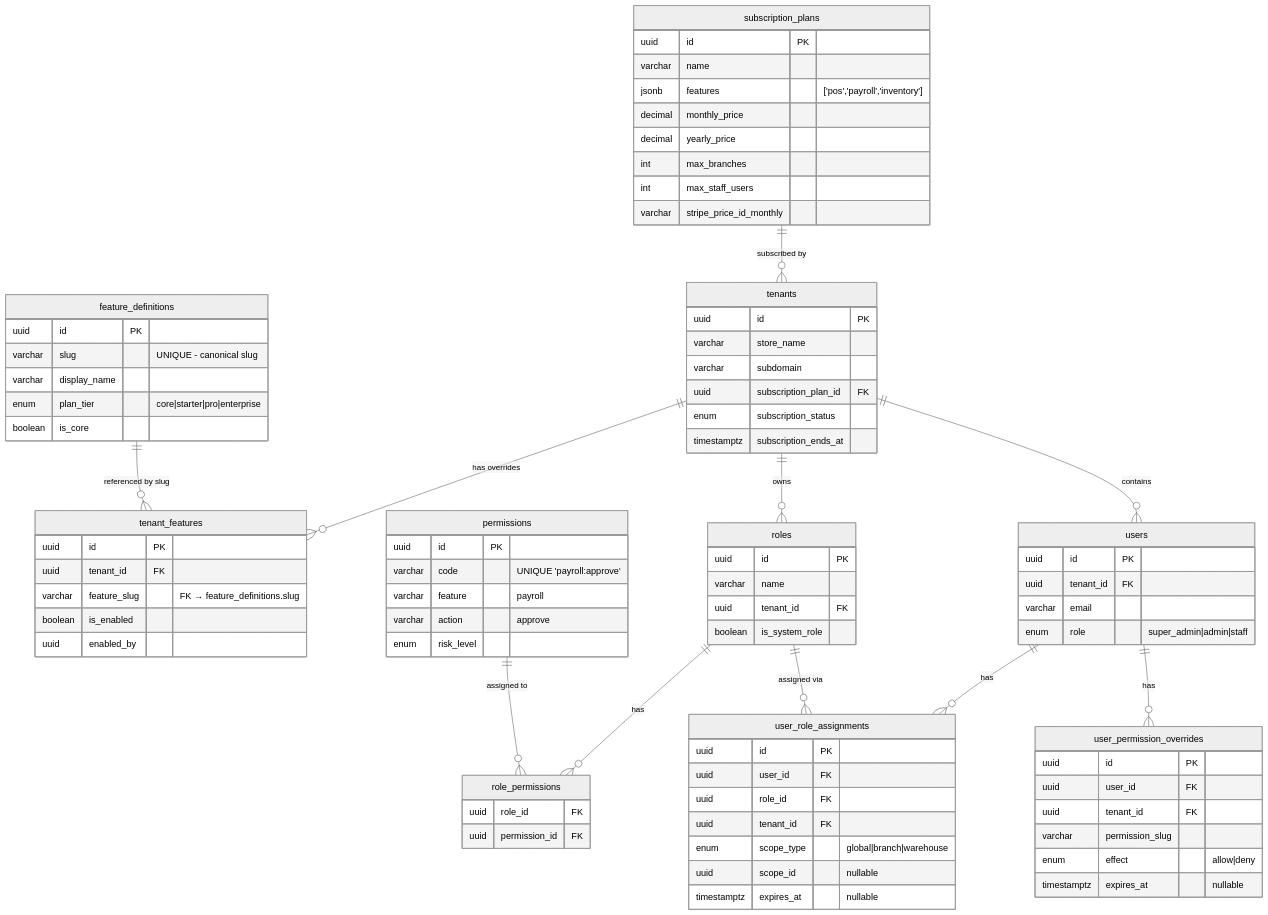
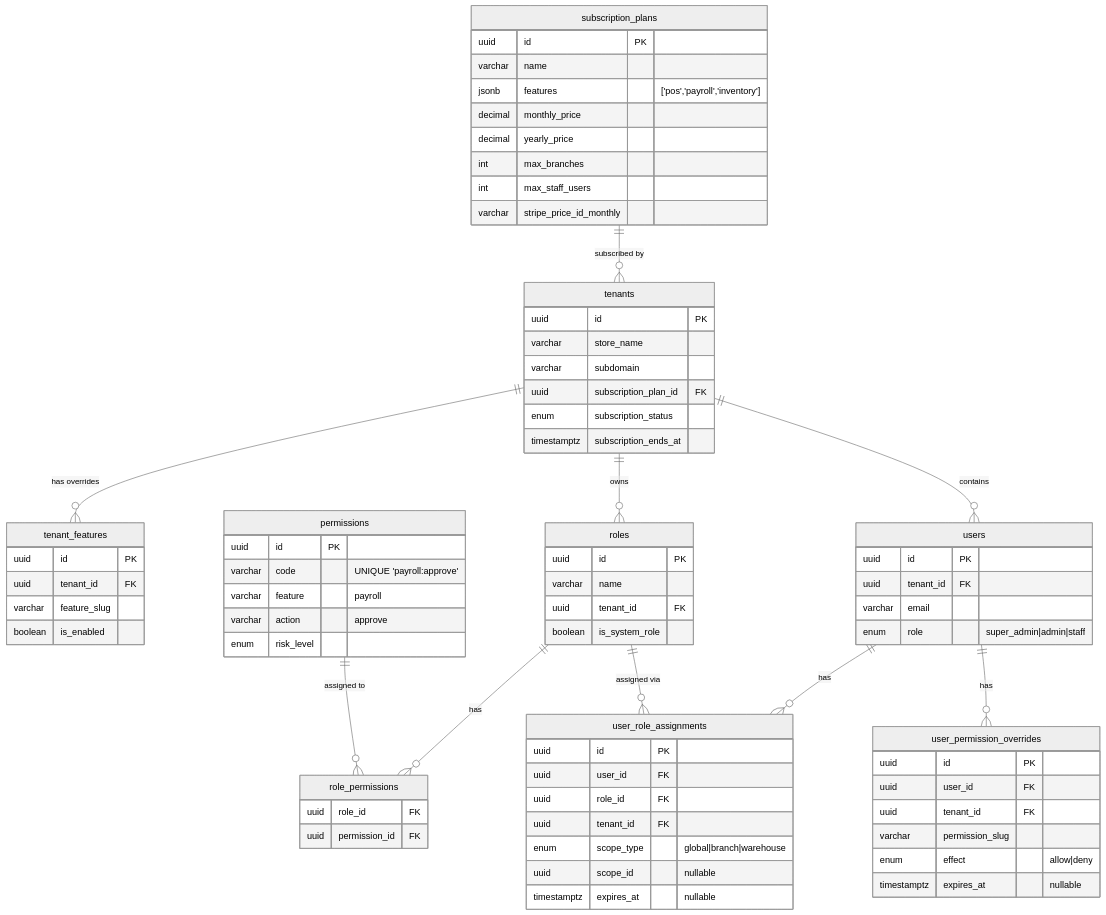
Before and after one commit to gowtamkumar/eCommerce-multi-store-saas-erp: the first of 4 diagrams in doc/system-design/subscription-and-features.md, drawn with Mermaid (neutral theme). The commit also changed other lines of this file and 18 other files, not shown here.

```diff
--- a/doc/system-design/subscription-and-features.md
+++ b/doc/system-design/subscription-and-features.md
@@ -286,20 +260,11 @@
         timestamptz subscription_ends_at
     }
 
-    feature_definitions {
-        uuid id PK
-        varchar slug "UNIQUE - canonical slug"
-        varchar display_name
-        enum plan_tier "core|starter|pro|enterprise"
-        boolean is_core
-    }
-
     tenant_features {
         uuid id PK
         uuid tenant_id FK
-        varchar feature_slug "FK → feature_definitions.slug"
+        varchar feature_slug
         boolean is_enabled
-        uuid enabled_by
     }
 
     roles {
@@ -349,9 +314,8 @@
     }
 
     subscription_plans ||--o{ tenants : "subscribed by"
+    tenants ||--o{ roles : "owns"
     tenants ||--o{ tenant_features : "has overrides"
-    feature_definitions ||--o{ tenant_features : "referenced by slug"
-    tenants ||--o{ roles : "owns"
     roles ||--o{ role_permissions : "has"
     permissions ||--o{ role_permissions : "assigned to"
     users ||--o{ user_role_assignments : "has"
```
